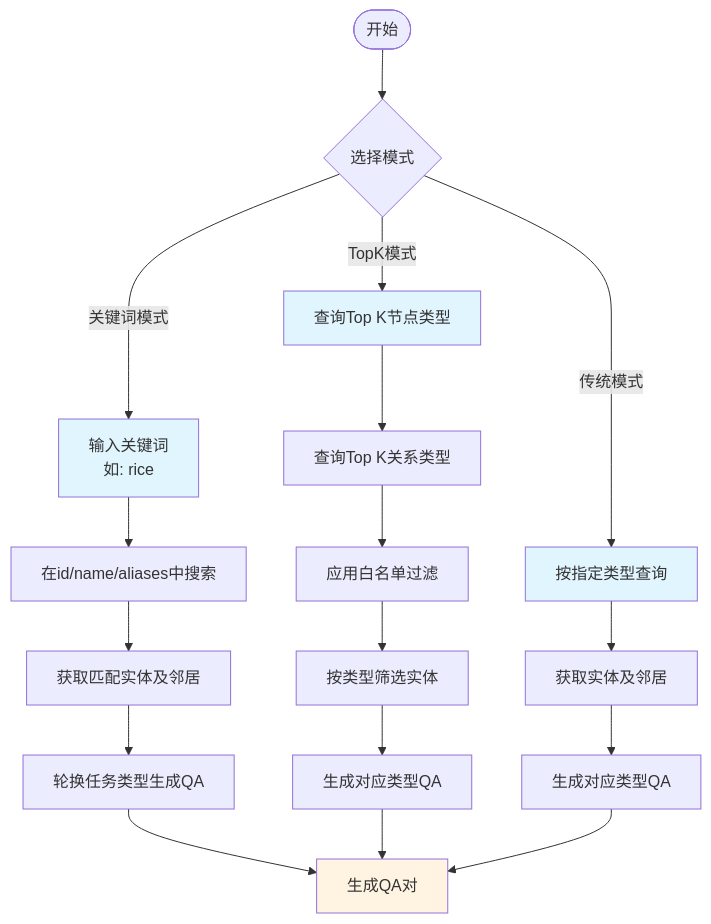
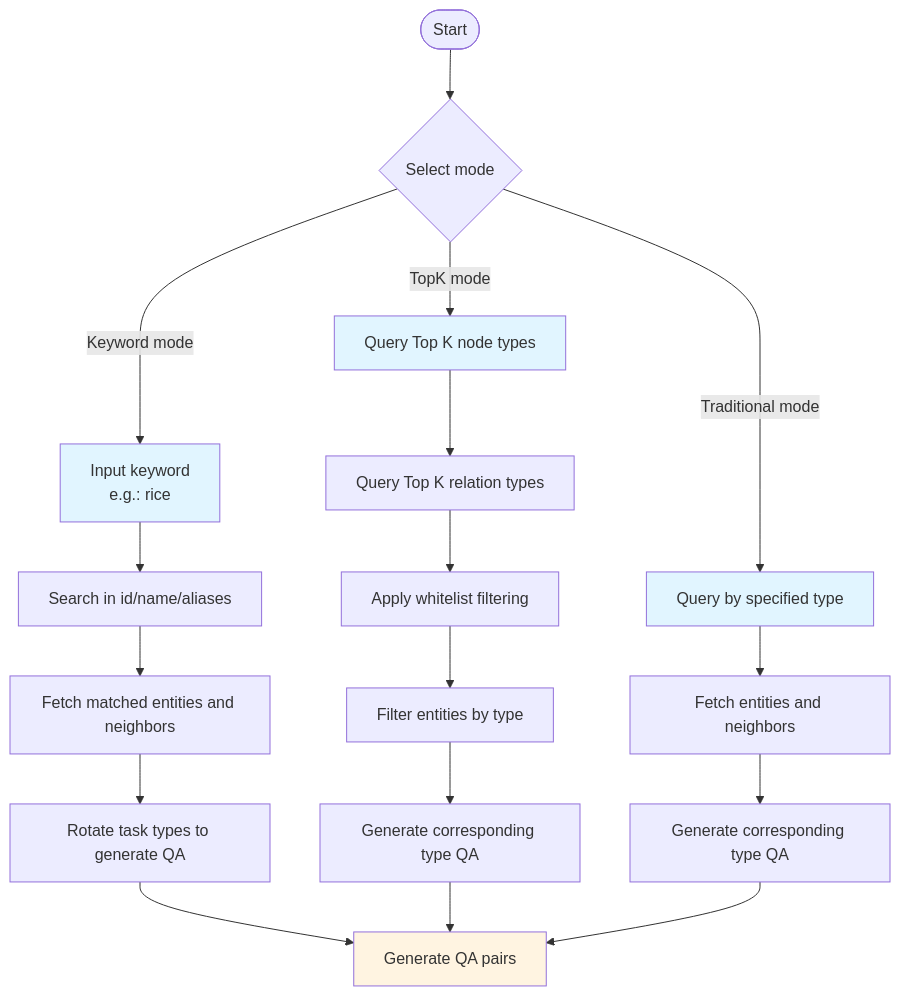
Before and after one commit to JackKuo666/QALoop: the fifth of 7 diagrams in pipelines/kg_synthesis/README.md, drawn with Mermaid. The commit also changed other lines of this file and 25 other files, not shown here.

````diff
--- a/pipelines/kg_synthesis/README.md
+++ b/pipelines/kg_synthesis/README.md
@@ -439,28 +439,28 @@
 ```mermaid
 graph TB
-    Start([开始]) --> Mode{选择模式}
+    Start([Start]) --> Mode{Select mode}
     
-    Mode -->|关键词模式| K1[输入关键词<br/>如: rice]
-    K1 --> K2[在id/name/aliases中搜索]
-    K2 --> K3[获取匹配实体及邻居]
-    K3 --> K4[轮换任务类型生成QA]
+    Mode -->|Keyword mode| K1[Input keyword<br/>e.g.: rice]
+    K1 --> K2[Search in id/name/aliases]
+    K2 --> K3[Fetch matched entities and neighbors]
+    K3 --> K4[Rotate task types to generate QA]
     
-    Mode -->|TopK模式| T1[查询Top K节点类型]
-    T1 --> T2[查询Top K关系类型]
-    T2 --> T3[应用白名单过滤]
-    T3 --> T4[按类型筛选实体]
-    T4 --> T5[生成对应类型QA]
+    Mode -->|TopK mode| T1[Query Top K node types]
+    T1 --> T2[Query Top K relation types]
+    T2 --> T3[Apply whitelist filtering]
+    T3 --> T4[Filter entities by type]
+    T4 --> T5[Generate corresponding type QA]
     
-    Mode -->|传统模式| C1[按指定类型查询]
-    C1 --> C2[获取实体及邻居]
-    C2 --> C3[生成对应类型QA]
+    Mode -->|Traditional mode| C1[Query by specified type]
+    C1 --> C2[Fetch entities and neighbors]
+    C2 --> C3[Generate corresponding type QA]
     
-    K4 --> Generate[生成QA对]
+    K4 --> Generate[Generate QA pairs]
     T5 --> Generate
     C3 --> Generate
     
     style K1 fill:#e1f5ff
     style T1 fill:#e1f5ff
     style C1 fill:#e1f5ff
     style Generate fill:#fff4e1
 ```
````
